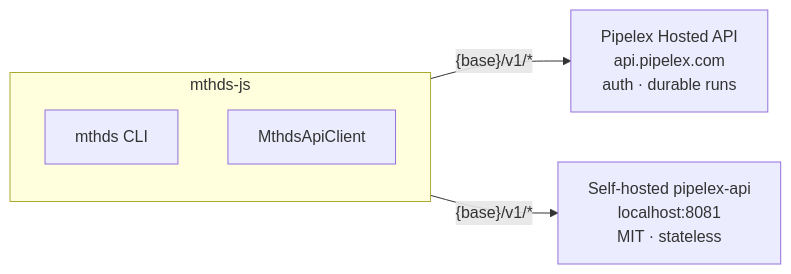
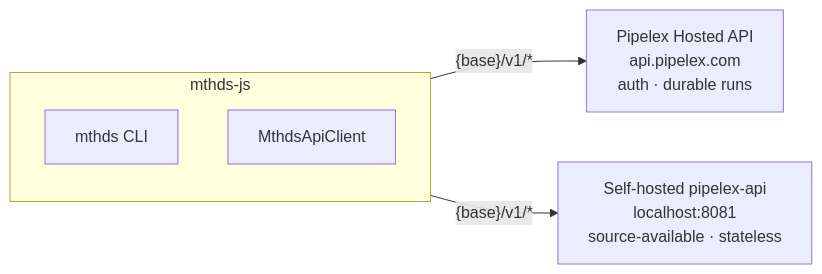
The diagram in docs/api-runner.md (mthds-ai/mthds-js), drawn with Mermaid before and after one commit. The commit also changed other lines of this file and 2 other files, not shown here.

````diff
--- a/docs/api-runner.md
+++ b/docs/api-runner.md
@@ -12,9 +12,9 @@
 ```mermaid
 flowchart LR
     subgraph mthds[mthds-js]
       cli[mthds CLI]
       sdk[MthdsApiClient]
     end
     mthds -->|"{base}/v1/*"| hosted["Pipelex Hosted API<br/>api.pipelex.com<br/>auth · durable runs"]
-    mthds -->|"{base}/v1/*"| self["Self-hosted pipelex-api<br/>localhost:8081<br/>MIT · stateless"]
+    mthds -->|"{base}/v1/*"| self["Self-hosted pipelex-api<br/>localhost:8081<br/>source-available · stateless"]
 ```
````
